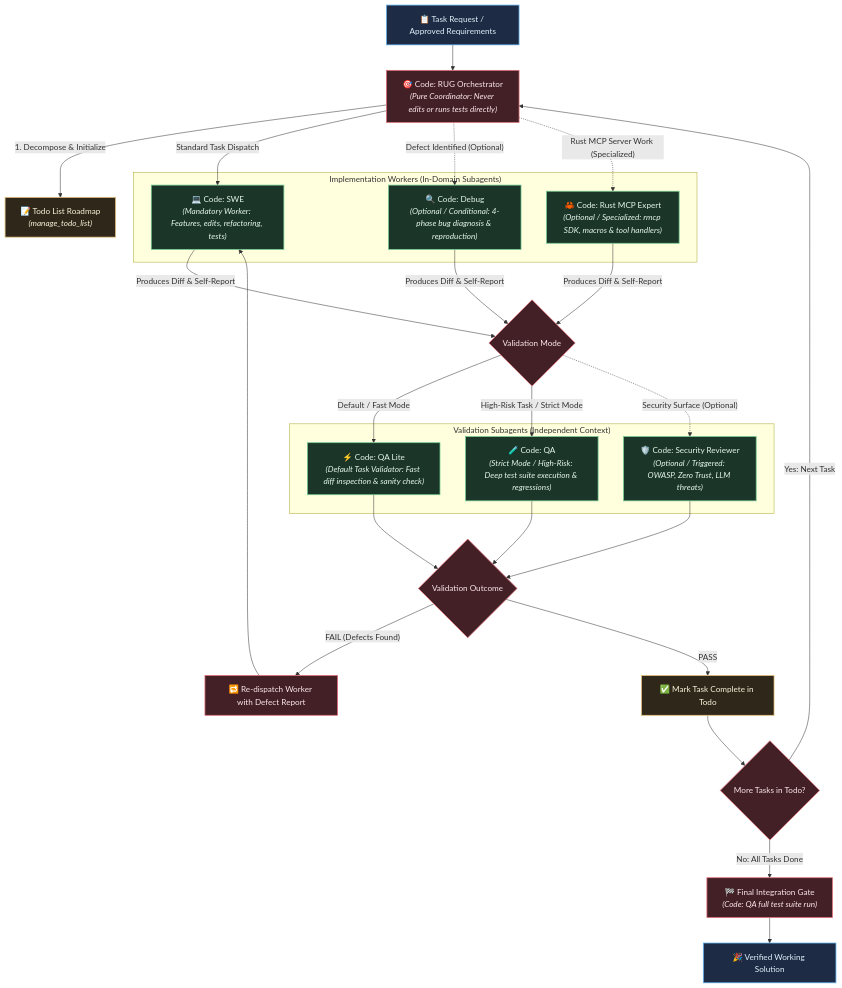
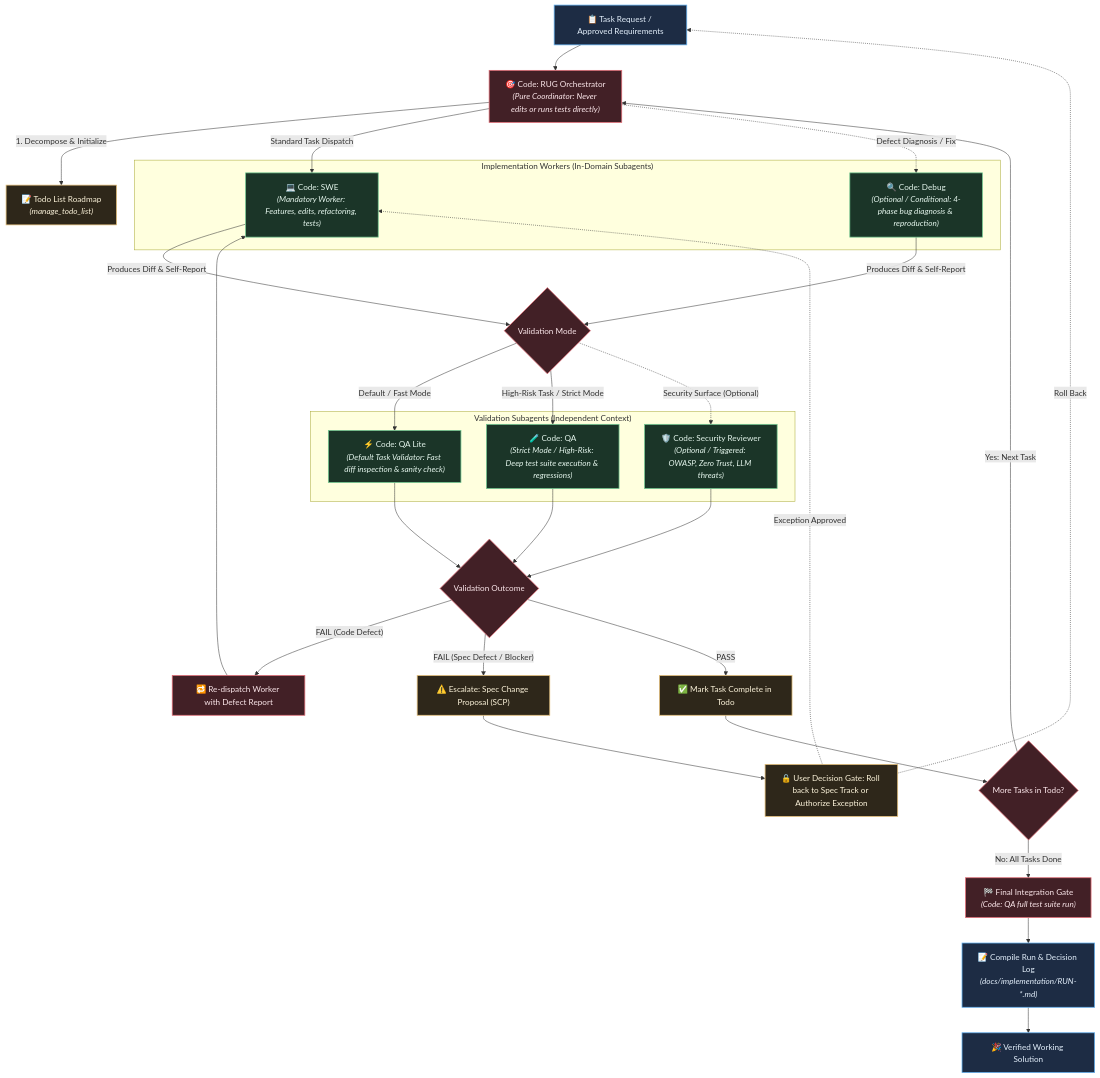
One commit to Shapedsundew9/rust-python-template changed the third of 4 diagrams in README.md. Above: the diagram before and after it, drawn with Mermaid. The commit also changed other lines of this file and 54 other files, not shown here.

````diff
--- a/README.md
+++ b/README.md
@@ -250,76 +267,80 @@
 ```mermaid
 %%{init: {
   'theme': 'base',
   'themeVariables': {
     'darkMode': true,
     'background': '#161922',
     'mainBkg': '#1e2230',
     'nodeBorder': '#434c5e',
     'textColor': '#e2e8f0',
     'fontFamily': 'ui-sans-serif, system-ui, -apple-system, BlinkMacSystemFont, "Segoe UI", Roboto, sans-serif',
     'fontSize': '14px',
     'lineColor': '#8892b0',
     'primaryColor': '#422026',
     'primaryTextColor': '#fde8ec',
     'primaryBorderColor': '#e06c75',
     'secondaryColor': '#1b3528',
     'secondaryTextColor': '#e6f7ee',
     'secondaryBorderColor': '#73c991',
     'tertiaryColor': '#1d2c44',
     'tertiaryTextColor': '#e4f0fc',
     'tertiaryBorderColor': '#61afef',
     'clusterBkg': '#13161f',
     'clusterBorder': '#373e51',
     'noteBkgColor': '#2e271a',
     'noteTextColor': '#fdf4db',
     'noteBorderColor': '#e5c07b',
     'edgeLabelBackground': '#1a1d27'
   }
 }}%%
 flowchart TD
     classDef primary fill:#422026,stroke:#e06c75,stroke-width:1.5px,color:#fde8ec;
     classDef secondary fill:#1b3528,stroke:#73c991,stroke-width:1.5px,color:#e6f7ee;
     classDef tertiary fill:#1d2c44,stroke:#61afef,stroke-width:1.5px,color:#e4f0fc;
     classDef note fill:#2e271a,stroke:#e5c07b,stroke-width:1.5px,color:#fdf4db;
 
     REQ["📋 Task Request / Approved Requirements"]:::tertiary
     RUG["🎯 Code: RUG Orchestrator<br/><i>(Pure Coordinator: Never edits or runs tests directly)</i>"]:::primary
     TODO["📝 Todo List Roadmap<br/><i>(manage_todo_list)</i>"]:::note
 
     subgraph WORKERS["Implementation Workers (In-Domain Subagents)"]
         SWE["💻 Code: SWE<br/><i>(Mandatory Worker: Features, edits, refactoring, tests)</i>"]:::secondary
         DEBUG["🔍 Code: Debug<br/><i>(Optional / Conditional: 4-phase bug diagnosis & reproduction)</i>"]:::secondary
-        MCP["🦀 Code: Rust MCP Expert<br/><i>(Optional / Specialized: rmcp SDK, macros & tool handlers)</i>"]:::secondary
     end
 
     subgraph VALIDATION["Validation Subagents (Independent Context)"]
         QA_LITE["⚡ Code: QA Lite<br/><i>(Default Task Validator: Fast diff inspection & sanity check)</i>"]:::secondary
         QA_FULL["🧪 Code: QA<br/><i>(Strict Mode / High-Risk: Deep test suite execution & regressions)</i>"]:::secondary
         SEC["🛡️ Code: Security Reviewer<br/><i>(Optional / Triggered: OWASP, Zero Trust, LLM threats)</i>"]:::secondary
     end
 
     REQ --> RUG
     RUG -->|"1. Decompose & Initialize"| TODO
 
     RUG -->|"Standard Task Dispatch"| SWE
-    RUG -.->|"Defect Identified (Optional)"| DEBUG
-    RUG -.->|"Rust MCP Server Work (Specialized)"| MCP
+    RUG -.->|"Defect Diagnosis / Fix"| DEBUG
 
-    SWE & DEBUG & MCP -->|"Produces Diff & Self-Report"| MODE_SELECT{"Validation Mode"}:::primary
+    SWE & DEBUG -->|"Produces Diff & Self-Report"| MODE_SELECT{"Validation Mode"}:::primary
 
     MODE_SELECT -->|"Default / Fast Mode"| QA_LITE
     MODE_SELECT -->|"High-Risk Task / Strict Mode"| QA_FULL
     MODE_SELECT -.->|"Security Surface (Optional)"| SEC
 
     QA_LITE & QA_FULL & SEC --> VERDICT{"Validation Outcome"}:::primary
 
-    VERDICT -->|"FAIL (Defects Found)"| RETRY["🔁 Re-dispatch Worker with Defect Report"]:::primary
+    VERDICT -->|"FAIL (Code Defect)"| RETRY["🔁 Re-dispatch Worker with Defect Report"]:::primary
     RETRY --> SWE
+
+    VERDICT -->|"FAIL (Spec Defect / Blocker)"| ESCALATE["⚠️ Escalate: Spec Change Proposal (SCP)"]:::note
+    ESCALATE --> USER_GATE["🔒 User Decision Gate: Roll back to Spec Track or Authorize Exception"]:::note
+    USER_GATE -.->|"Roll Back"| REQ
+    USER_GATE -.->|"Exception Approved"| SWE
 
     VERDICT -->|"PASS"| ADVANCE["✅ Mark Task Complete in Todo"]:::note
     ADVANCE --> MORE_TASKS{"More Tasks in Todo?"}:::primary
 
     MORE_TASKS -->|"Yes: Next Task"| RUG
     MORE_TASKS -->|"No: All Tasks Done"| FINAL_GATE["🏁 Final Integration Gate<br/><i>(Code: QA full test suite run)</i>"]:::primary
-    FINAL_GATE --> COMPLETE["🎉 Verified Working Solution"]:::tertiary
+    FINAL_GATE --> LOG["📝 Compile Run & Decision Log<br/><i>(docs/implementation/RUN-*.md)</i>"]:::tertiary
+    LOG --> COMPLETE["🎉 Verified Working Solution"]:::tertiary
 ```
````
